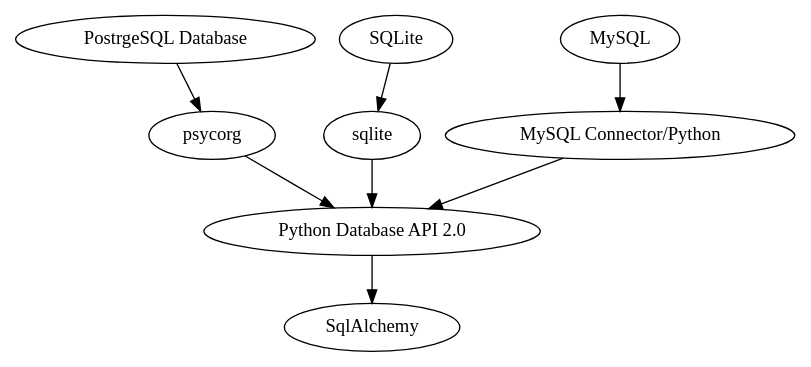
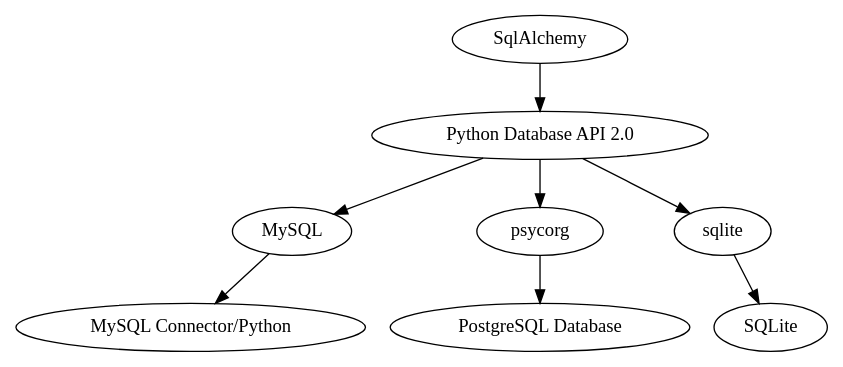
The diagram in AYSS-2022/presentation/image/schema_2.dot (Zelenyy/scientific-papers), drawn with Graphviz before and after one commit. The commit also changed 5 other files, not shown here.

```diff
--- a/AYSS-2022/presentation/image/schema_2.dot
+++ b/AYSS-2022/presentation/image/schema_2.dot
@@ -1,13 +1,13 @@
 digraph schema_1{
-	A[label="PostrgeSQL Database"]
+	A[label="PostgreSQL Database"]
 	B[label="SQLite"]
 	C[label="MySQL"]
 	D[label="psycorg"]
 	E[label="sqlite"]
 	F[label="MySQL Connector/Python"]
 	G[label="Python Database API 2.0"]
 	H[label="SqlAlchemy"]
-	A -> D -> G -> H
-	B -> E -> G
-	C -> F -> G
+	H -> G -> D -> A
+	G -> E -> B
+	G -> C -> F
 }
```
